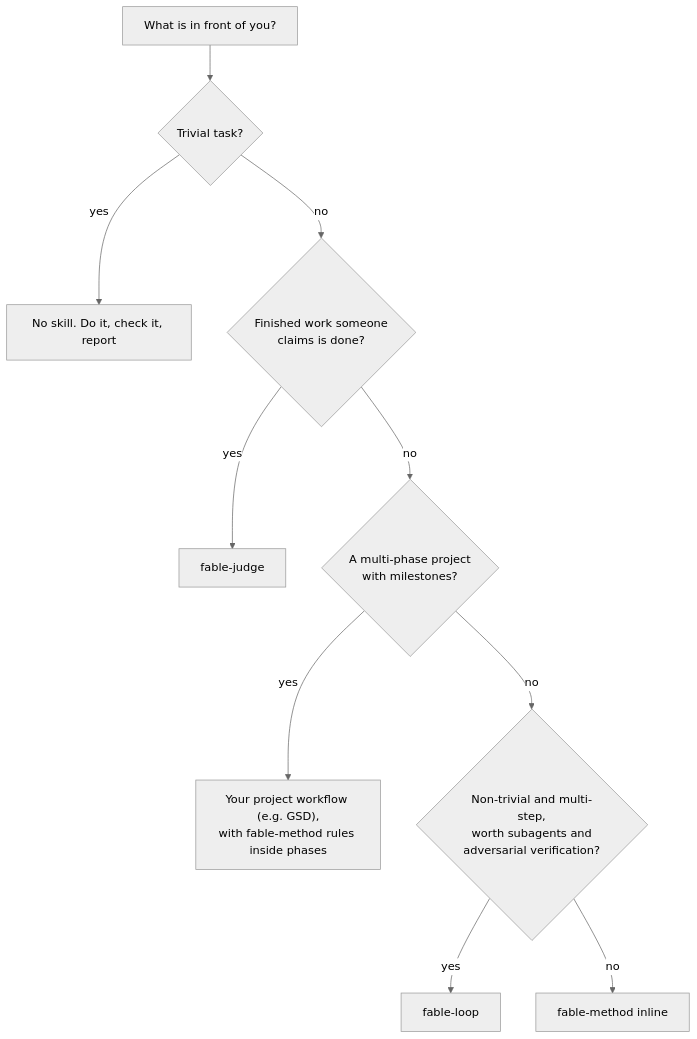
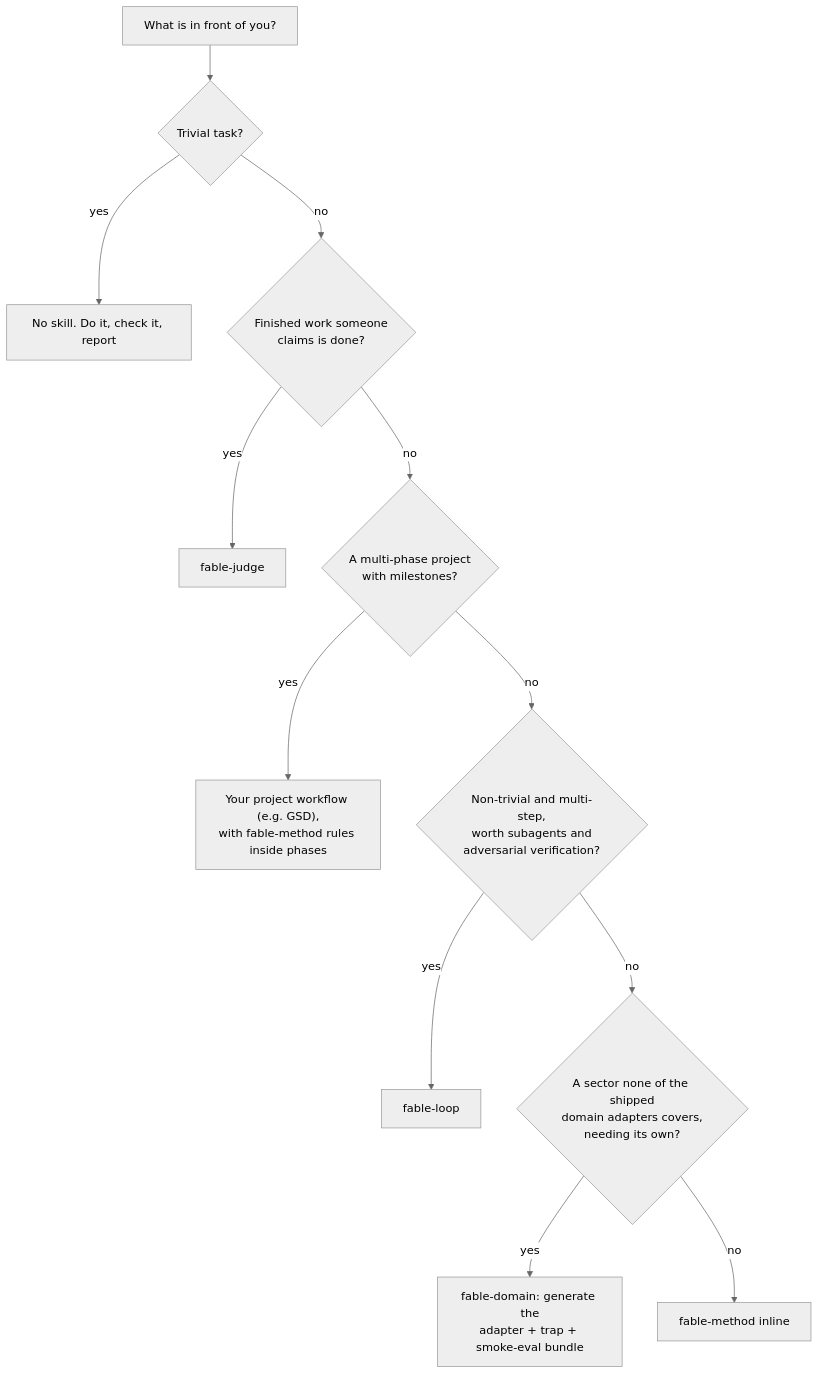
The eighth of 8 diagrams in skills/fable-method/references/flowcharts.md (BrandonRhoders/fable-method), drawn with Mermaid (neutral theme) before and after one commit. The commit also changed other lines of this file and 75 other files, not shown here.

````diff
--- a/skills/fable-method/references/flowcharts.md
+++ b/skills/fable-method/references/flowcharts.md
@@ -104,12 +124,14 @@
 ```mermaid
 flowchart TD
     Q["What is in front of you?"] --> A{"Trivial task?"}
     A -->|yes| NONE["No skill. Do it, check it, report"]
     A -->|no| B{"Finished work someone<br/>claims is done?"}
     B -->|yes| J["fable-judge"]
     B -->|no| C{"A multi-phase project<br/>with milestones?"}
     C -->|yes| G["Your project workflow (e.g. GSD),<br/>with fable-method rules inside phases"]
     C -->|no| D{"Non-trivial and multi-step,<br/>worth subagents and<br/>adversarial verification?"}
     D -->|yes| L["fable-loop"]
-    D -->|no| M["fable-method inline"]
+    D -->|no| E{"A sector none of the shipped<br/>domain adapters covers,<br/>needing its own?"}
+    E -->|yes| FD["fable-domain: generate the<br/>adapter + trap + smoke-eval bundle"]
+    E -->|no| M["fable-method inline"]
 ```
````
